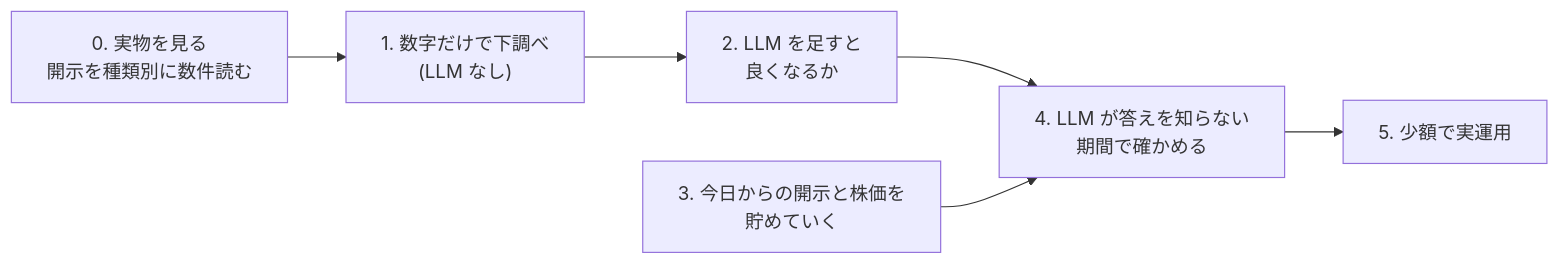
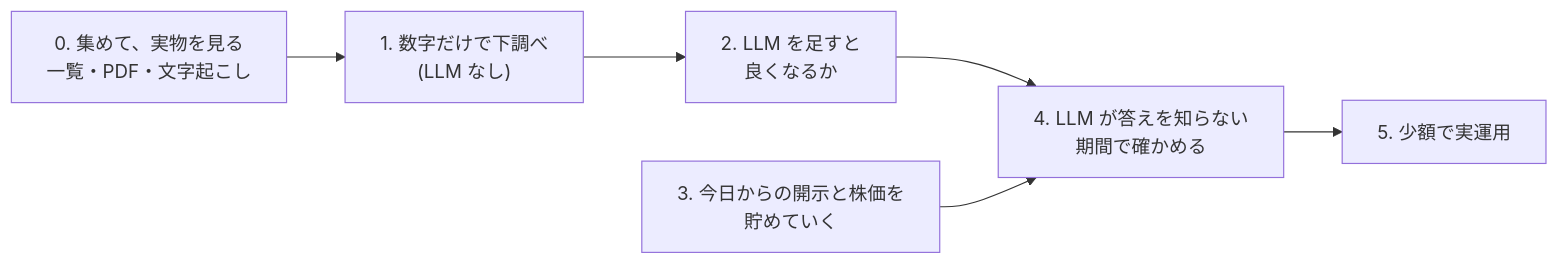
The third of 3 diagrams in docs/PLAN.md (hirosyrup/alchemy-stock), drawn with Mermaid before and after one commit. The commit also changed other lines of this file, not shown here.

````diff
--- a/docs/PLAN.md
+++ b/docs/PLAN.md
@@ -94,8 +237,8 @@
 ```mermaid
 flowchart LR
-    P0["0. 実物を見る<br/>開示を種類別に数件読む"] --> P1["1. 数字だけで下調べ<br/>(LLM なし)"]
+    P0["0. 集めて、実物を見る<br/>一覧・PDF・文字起こし"] --> P1["1. 数字だけで下調べ<br/>(LLM なし)"]
     P1 --> P2["2. LLM を足すと<br/>良くなるか"]
     P2 --> P4["4. LLM が答えを知らない<br/>期間で確かめる"]
     P3["3. 今日からの開示と株価を<br/>貯めていく"] --> P4
     P4 --> P5["5. 少額で実運用"]
 ```
````
